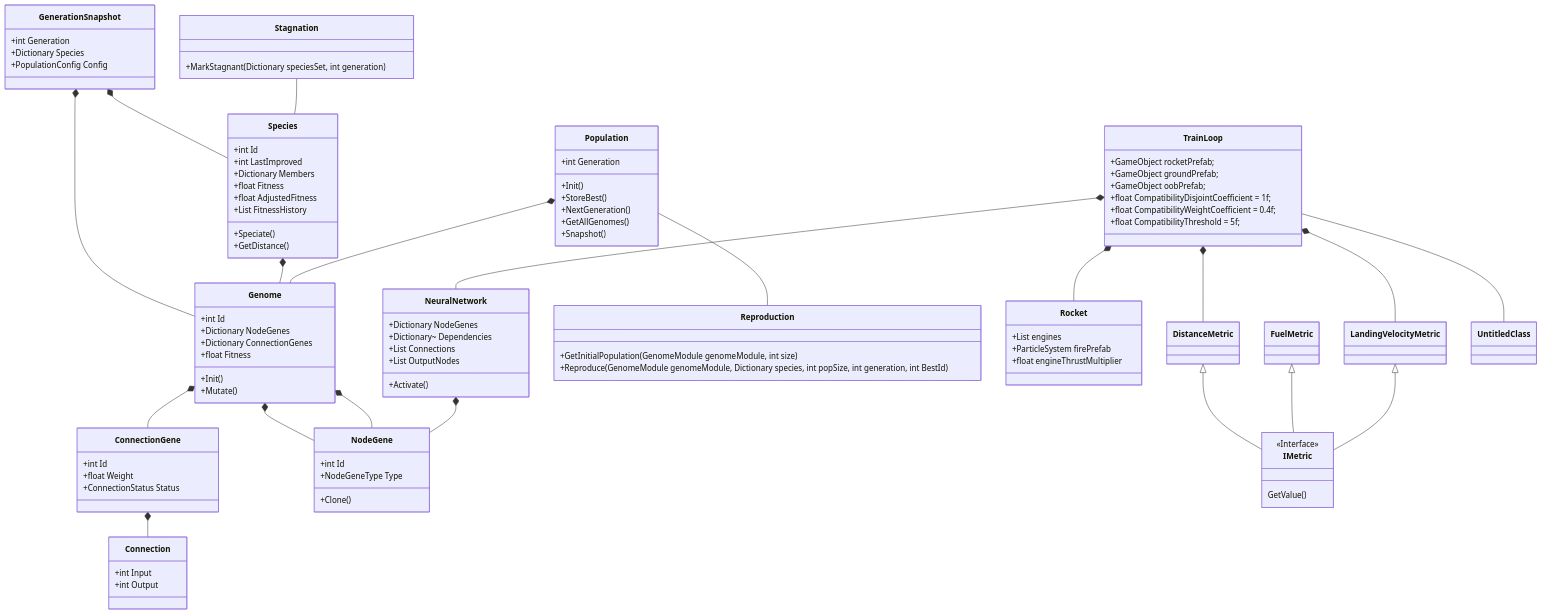
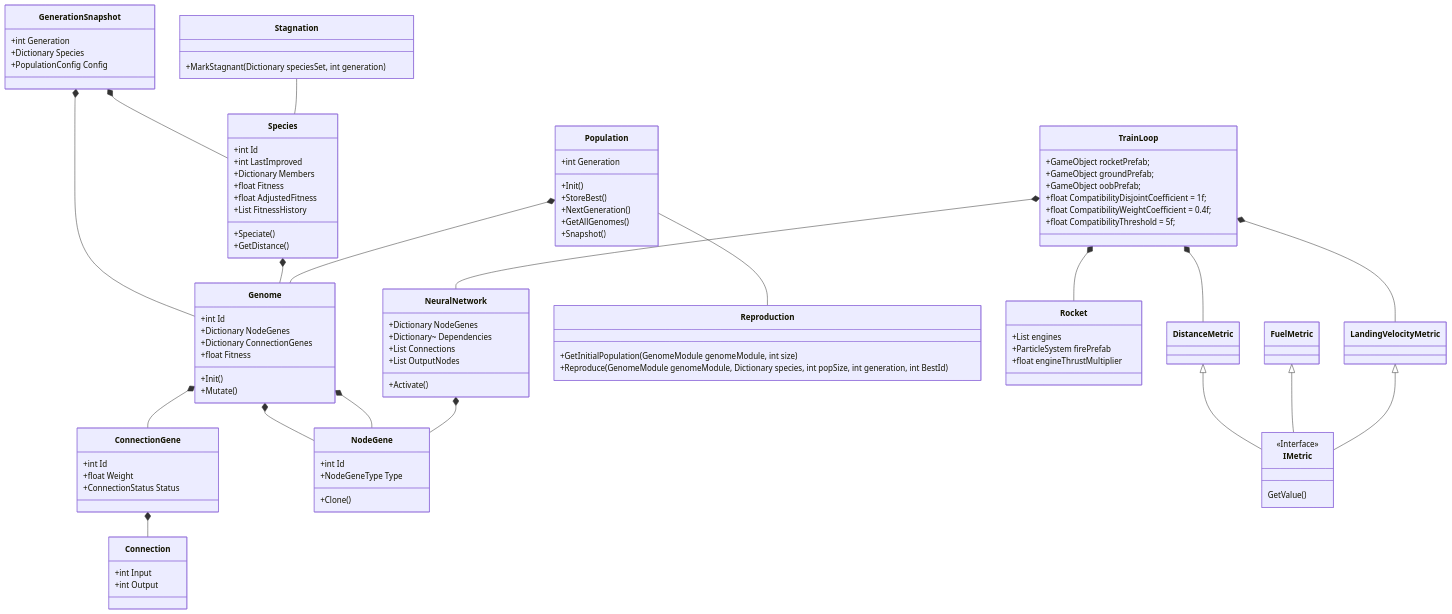
Before and after one commit to St0pien/rocket-learning: the second of 2 diagrams in README.md, drawn with Mermaid.

Commit message:
README remove untitled class

````diff
--- a/README.md
+++ b/README.md
@@ -241,5 +241,4 @@
     FuelMetric <|-- IMetric
     LandingVelocityMetric <|-- IMetric
     TrainLoop *-- LandingVelocityMetric
-    TrainLoop -- UntitledClass
 ```
````
